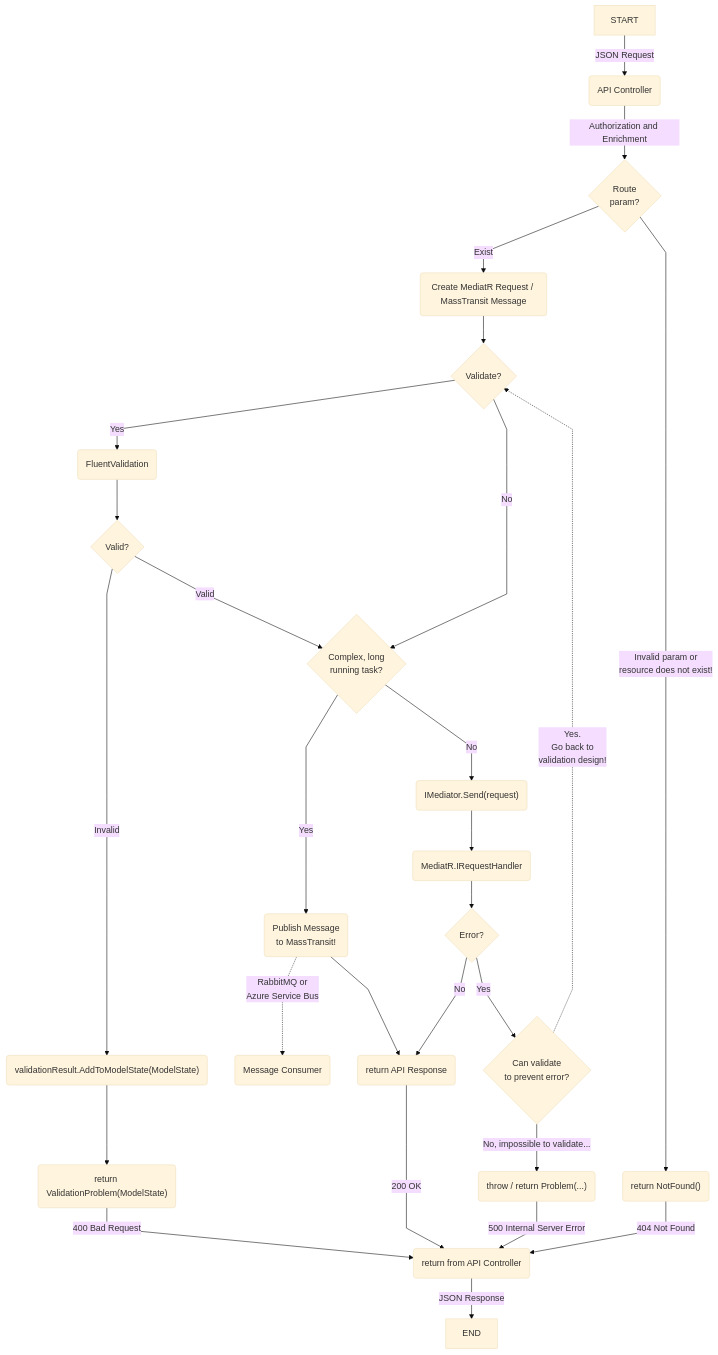
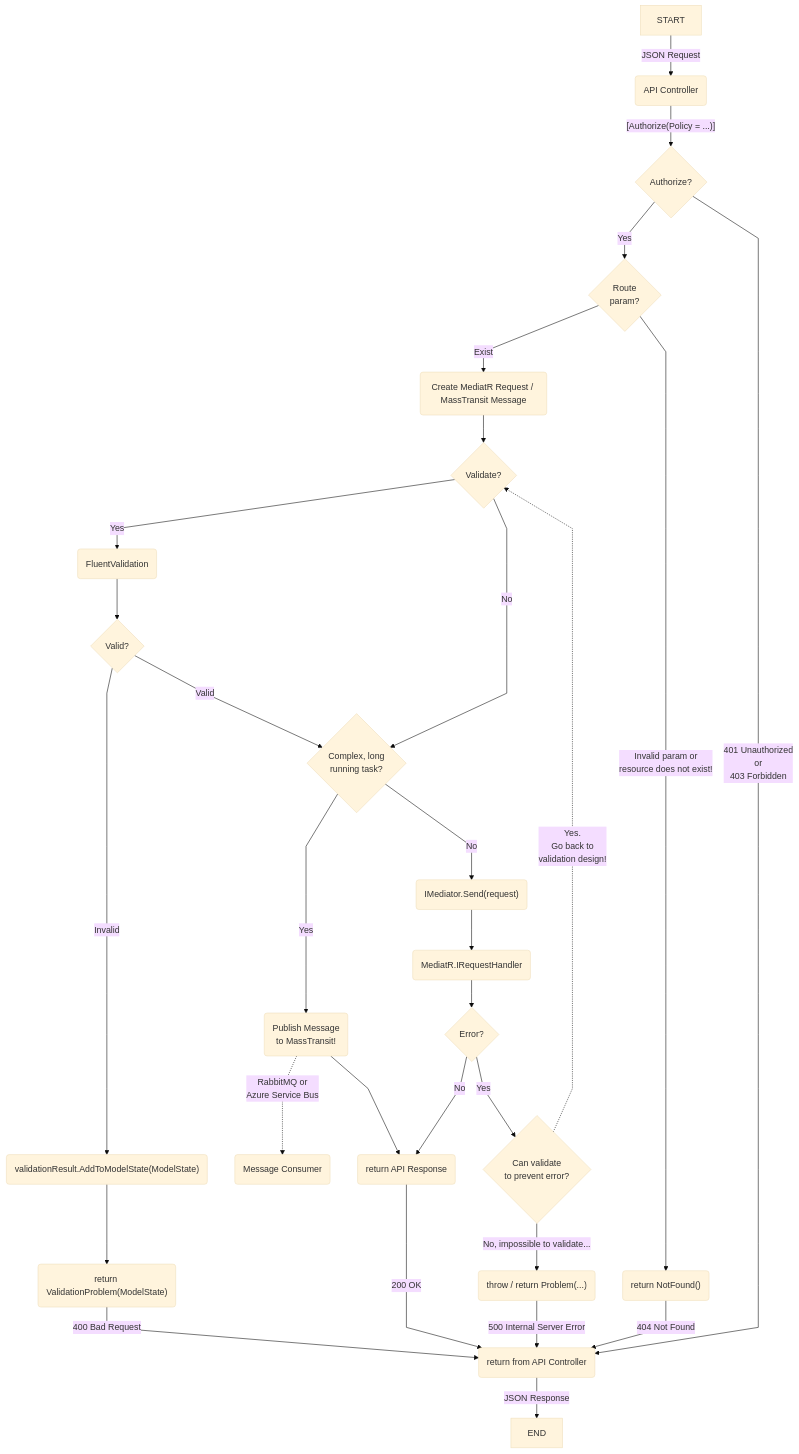
The diagram in README.md (accelist/Accelist.WebApiStandard), drawn with Mermaid (base theme) before and after one commit.

Commit message:
Add MVC Authorization to diagram

````diff
--- a/README.md
+++ b/README.md
@@ -80,30 +80,32 @@
 ```mermaid
 %%{init: {'flowchart' : {'curve' : 'linear'}}}%%
 graph TD
     START --> |JSON Request| A(API Controller)
-    A --> |Authorization and Enrichment| R{Route<br/>param?}
+    A --> |"[Authorize(Policy = ...)]"|AUTH{Authorize?}
+    AUTH --> |Yes| R{Route<br/>param?}
+    AUTH --> |401 Unauthorized<br/>or<br/>403 Forbidden| BACK
     R --> |Exist| B(Create MediatR Request / MassTransit Message)
     R --> |Invalid param or <br/> resource does not exist!| R404("return NotFound()")
     R404 --> |404 Not Found| BACK
     B --> C{Validate?}
     C --> |Yes| D1(FluentValidation)
     C --> |No| F2
     D1 --> E{Valid?}
     E --> |Invalid| F400("validationResult.AddToModelState(ModelState)")
     E --> |Valid| F2
     F400 --> G400("return ValidationProblem(ModelState)")
     G400 --> |400 Bad Request| BACK
     F2{Complex, long<br/>running task?} --> |Yes| KBUS("Publish Message<br/>to MassTransit!")
     F2 --> |No| G
     G("IMediator.Send(request)") --> GX(MediatR.IRequestHandler)
     GX --> Catch{Error?}
     Catch --> |No| L200
     Catch --> |Yes| H500{Can validate<br/>to prevent error?}
     KBUS -.RabbitMQ or<br/>Azure Service Bus.-> MBUS(Message Consumer)
     KBUS --> L200
     L200("return API Response") --> |200 OK|BACK
     H500 -."Yes.<br/>Go back to<br/>validation design!".-> C
     H500 --> |No, impossible to validate...|I500("throw / return Problem(...)")
     I500 --> |500 Internal Server Error| BACK
     BACK(return from API Controller) --> |JSON Response| END
 ```
````
